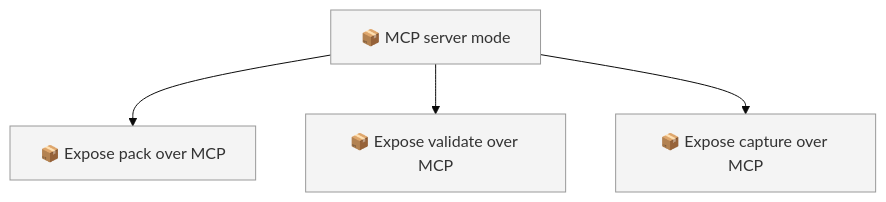
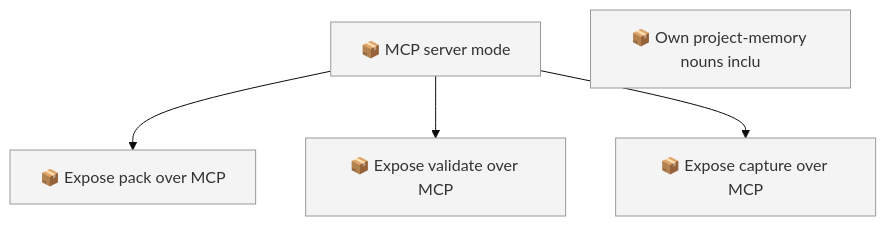
The first of 2 diagrams in docs/roadmap.md (SpillwaveSolutions/project-knowledge-capture), drawn with Mermaid (base theme) before and after one commit. The commit also changed other lines of this file and 26 other files, not shown here.

Commit message:
feat: own TicketLink, work types, and project-memory nouns 01M0SZFFPWEVN9YX9D9RYZ1ZC1 #54

````diff
--- a/docs/roadmap.md
+++ b/docs/roadmap.md
@@ -51,12 +58,13 @@
 ```mermaid
 graph TD
     01KZ75NQCMYGFYRCVJATEBVBRB["📦 MCP server mode"]
     01KZ75R3EXEG4GVGRP2S9CCKZ4["📦 Expose pack over MCP"]
     01KZ75R3M6BYQ643NKDCCSEEZC["📦 Expose validate over MCP"]
     01KZ75R3S2X1G4PCTGMMSR8BWA["📦 Expose capture over MCP"]
+    01M0SZFFPWEVN9YX9D9RYZ1ZC1["📦 Own project-memory nouns inclu"]
     01KZ75NQCMYGFYRCVJATEBVBRB --> 01KZ75R3EXEG4GVGRP2S9CCKZ4
     01KZ75NQCMYGFYRCVJATEBVBRB --> 01KZ75R3M6BYQ643NKDCCSEEZC
     01KZ75NQCMYGFYRCVJATEBVBRB --> 01KZ75R3S2X1G4PCTGMMSR8BWA
     classDef todo fill:#f4f4f4,stroke:#999999
-    class 01KZ75NQCMYGFYRCVJATEBVBRB,01KZ75R3EXEG4GVGRP2S9CCKZ4,01KZ75R3M6BYQ643NKDCCSEEZC,01KZ75R3S2X1G4PCTGMMSR8BWA todo
+    class 01KZ75NQCMYGFYRCVJATEBVBRB,01KZ75R3EXEG4GVGRP2S9CCKZ4,01KZ75R3M6BYQ643NKDCCSEEZC,01KZ75R3S2X1G4PCTGMMSR8BWA,01M0SZFFPWEVN9YX9D9RYZ1ZC1 todo
 ```
````
